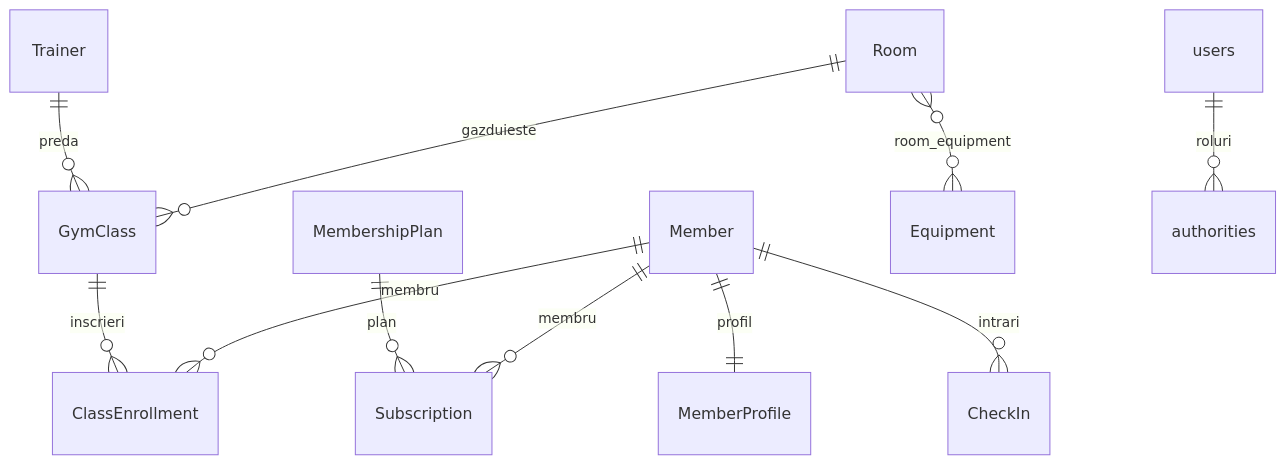
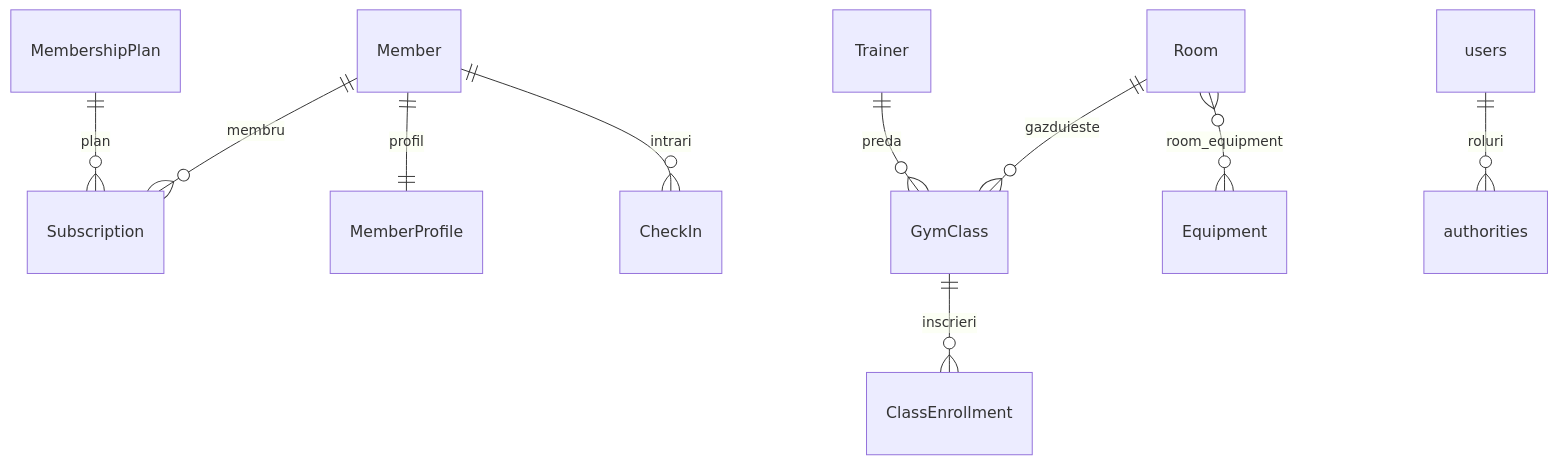
One commit to Cristiv06/fitness-gym-system changed the diagram in README.md. Above: the diagram before and after it, drawn with Mermaid. The commit also changed other lines of this file, not shown here.

````diff
--- a/README.md
+++ b/README.md
@@ -54,13 +94,12 @@
 ```mermaid
 erDiagram
     MembershipPlan ||--o{ Subscription : "plan"
     Member ||--o{ Subscription : "membru"
     Member ||--|| MemberProfile : "profil"
     Trainer ||--o{ GymClass : "preda"
     Room ||--o{ GymClass : "gazduieste"
     Room }o--o{ Equipment : "room_equipment"
     GymClass ||--o{ ClassEnrollment : "inscrieri"
-    Member ||--o{ ClassEnrollment : "membru"
     Member ||--o{ CheckIn : "intrari"
     users ||--o{ authorities : "roluri"
 ```
````
